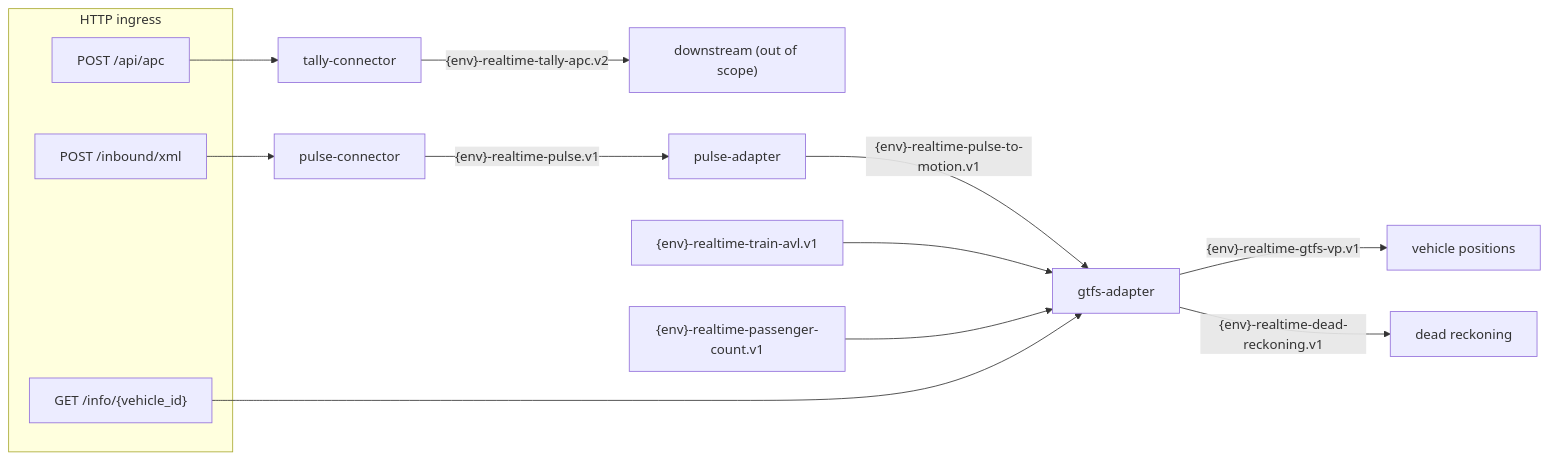
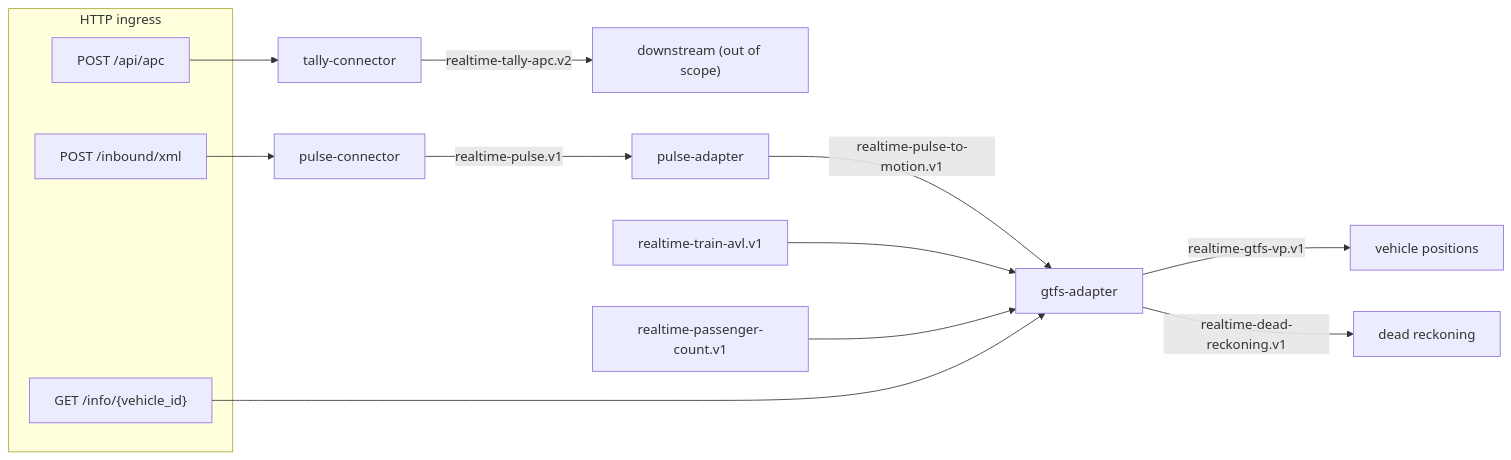
One commit to augentic/omnia-exemplar changed the diagram in README.md. Above: the diagram before and after it, drawn with Mermaid. The commit also changed other lines of this file and 140 other files, not shown here.

````diff
--- a/README.md
+++ b/README.md
@@ -65,20 +64,20 @@
 ```mermaid
 flowchart LR
   subgraph ingress [HTTP ingress]
     apc["POST /api/apc"]
     xml["POST /inbound/xml"]
     info["GET /info/{vehicle_id}"]
   end
 
   apc --> tallyConn[tally-connector]
   xml --> pulseConn[pulse-connector]
 
-  tallyConn -->|"{env}-realtime-tally-apc.v2"| outOfScope["downstream (out of scope)"]
-  pulseConn -->|"{env}-realtime-pulse.v1"| pulseAdapter[pulse-adapter]
-  pulseAdapter -->|"{env}-realtime-pulse-to-motion.v1"| gtfsAdapter[gtfs-adapter]
-  trainAvl["{env}-realtime-train-avl.v1"] --> gtfsAdapter
-  paxCount["{env}-realtime-passenger-count.v1"] --> gtfsAdapter
-  gtfsAdapter -->|"{env}-realtime-gtfs-vp.v1"| vp[vehicle positions]
-  gtfsAdapter -->|"{env}-realtime-dead-reckoning.v1"| dr[dead reckoning]
+  tallyConn -->|"realtime-tally-apc.v2"| outOfScope["downstream (out of scope)"]
+  pulseConn -->|"realtime-pulse.v1"| pulseAdapter[pulse-adapter]
+  pulseAdapter -->|"realtime-pulse-to-motion.v1"| gtfsAdapter[gtfs-adapter]
+  trainAvl["realtime-train-avl.v1"] --> gtfsAdapter
+  paxCount["realtime-passenger-count.v1"] --> gtfsAdapter
+  gtfsAdapter -->|"realtime-gtfs-vp.v1"| vp[vehicle positions]
+  gtfsAdapter -->|"realtime-dead-reckoning.v1"| dr[dead reckoning]
   info --> gtfsAdapter
 ```
````
